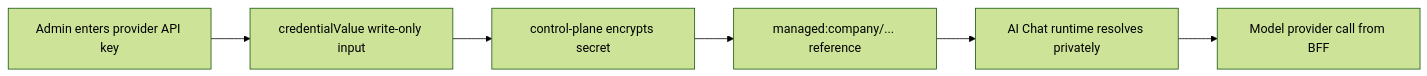
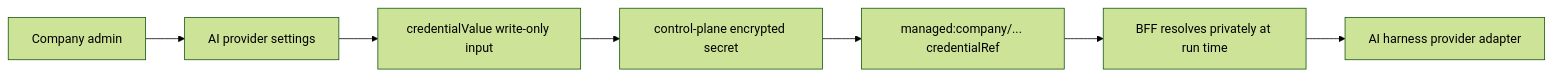
The diagram in website/src/content/handbook/guides/ai-chat.md (cloudgrid/cloudgrid), drawn with Mermaid (forest theme) before and after one commit. The commit also changed other lines of this file and 19 other files, not shown here.

````diff
--- a/website/src/content/handbook/guides/ai-chat.md
+++ b/website/src/content/handbook/guides/ai-chat.md
@@ -55,8 +47,9 @@
 ```mermaid
 flowchart LR
-  Form["Admin enters provider API key"] --> WriteOnly["credentialValue write-only input"]
-  WriteOnly --> Control["control-plane encrypts secret"]
-  Control --> Managed["managed:company/... reference"]
-  Managed --> Chat["AI Chat runtime resolves privately"]
-  Chat --> Provider["Model provider call from BFF"]
+  Admin["Company admin"] --> Form["AI provider settings"]
+  Form --> WriteOnly["credentialValue write-only input"]
+  WriteOnly --> Control["control-plane encrypted secret"]
+  Control --> Ref["managed:company/... credentialRef"]
+  Ref --> BFF["BFF resolves privately at run time"]
+  BFF --> Harness["AI harness provider adapter"]
 ```
````
